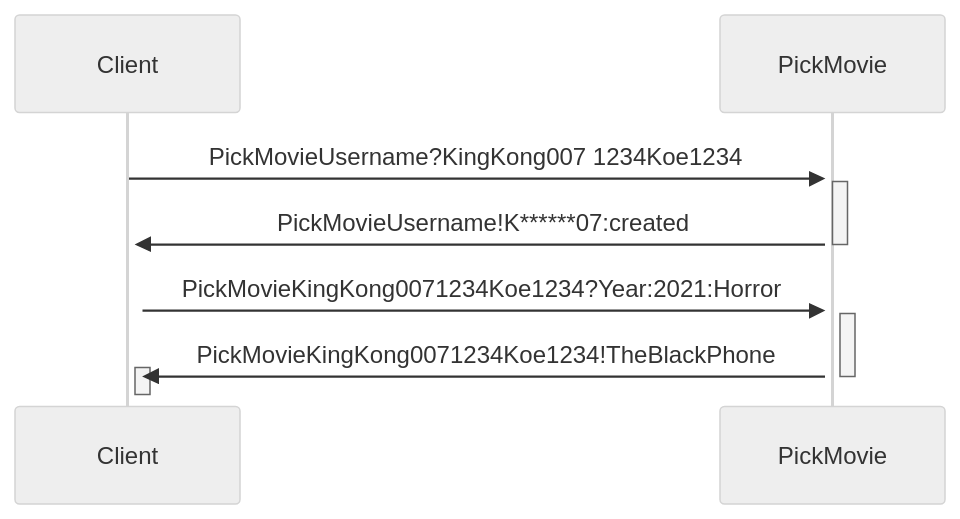
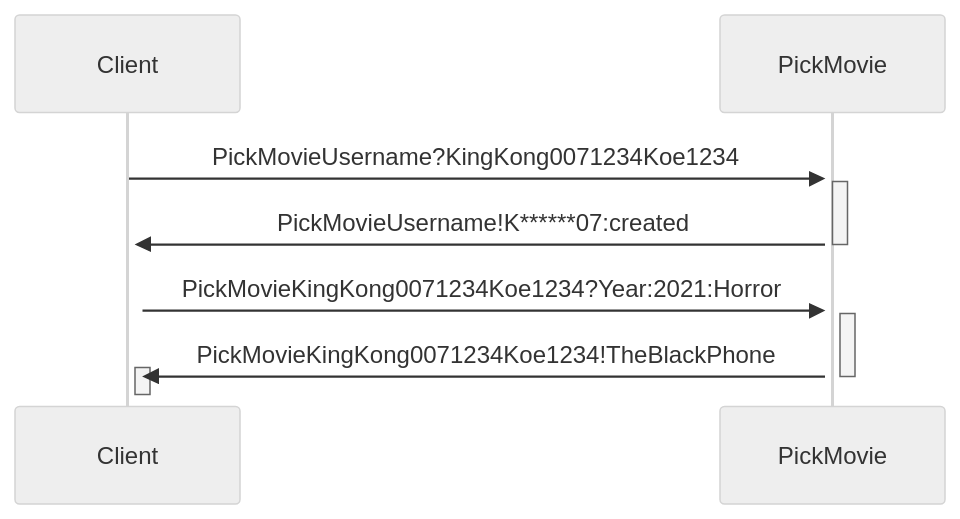
The first of 3 diagrams in README.md (CeyhanYildiz/Network_Zmq), drawn with Mermaid (neutral theme) before and after one commit.

````diff
--- a/README.md
+++ b/README.md
@@ -11,16 +11,16 @@
 ```mermaid
 sequenceDiagram
     participant Client
     participant PickMovie
 
-    Client->>+PickMovie: PickMovieUsername?KingKong007 1234Koe1234
+    Client->>+PickMovie: PickMovieUsername?KingKong0071234Koe1234
     activate Client
     activate PickMovie
     PickMovie->>+Client: PickMovieUsername!K******07:created
     deactivate PickMovie
     Client->>+PickMovie: PickMovieKingKong0071234Koe1234?Year:2021:Horror
     activate PickMovie
     PickMovie->>+Client: PickMovieKingKong0071234Koe1234!TheBlackPhone
     deactivate PickMovie
     deactivate Client
 ```
````
